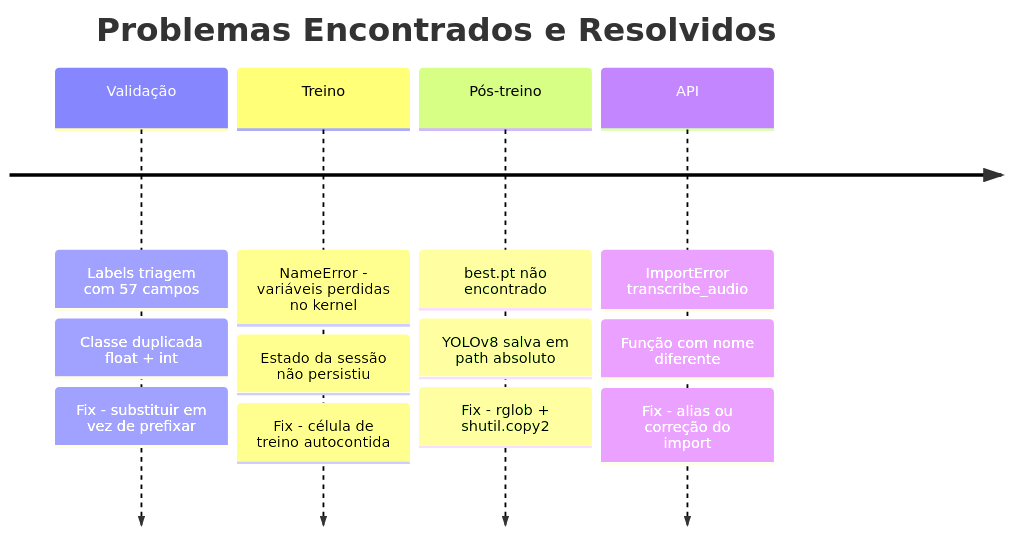
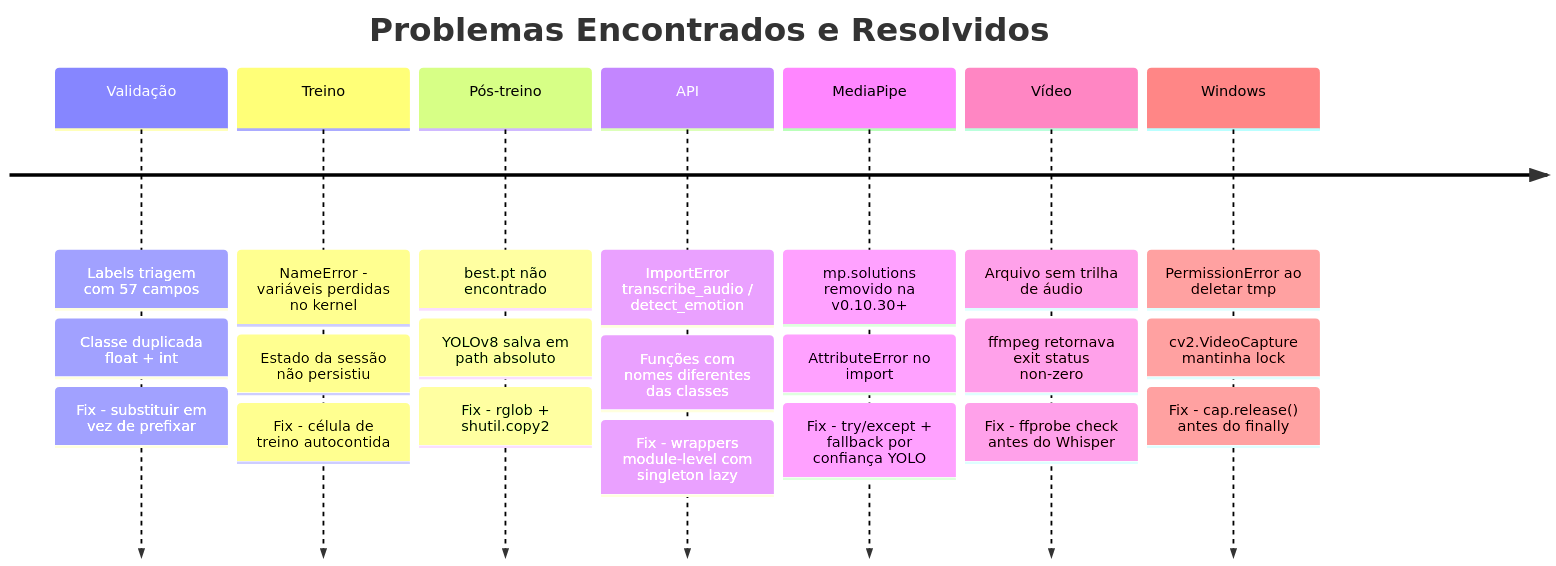
Before and after one commit to vinisbitten/tech-challeng-fase-4: the sixth of 8 diagrams in roadmap.md, drawn with Mermaid. The commit also changed other lines of this file, not shown here.

Commit message:
feat: update roadmap

````diff
--- a/roadmap.md
+++ b/roadmap.md
@@ -175,20 +260,32 @@
 ```mermaid
 timeline
     title Problemas Encontrados e Resolvidos
 
     Validação : Labels triagem com 57 campos
               : Classe duplicada float + int
               : Fix - substituir em vez de prefixar
 
     Treino    : NameError - variáveis perdidas no kernel
               : Estado da sessão não persistiu
               : Fix - célula de treino autocontida
 
     Pós-treino : best.pt não encontrado
                : YOLOv8 salva em path absoluto
                : Fix - rglob + shutil.copy2
 
-    API        : ImportError transcribe_audio
-               : Função com nome diferente
-               : Fix - alias ou correção do import
+    API        : ImportError transcribe_audio / detect_emotion
+               : Funções com nomes diferentes das classes
+               : Fix - wrappers module-level com singleton lazy
+
+    MediaPipe  : mp.solutions removido na v0.10.30+
+               : AttributeError no import
+               : Fix - try/except + fallback por confiança YOLO
+
+    Vídeo      : Arquivo sem trilha de áudio
+               : ffmpeg retornava exit status non-zero
+               : Fix - ffprobe check antes do Whisper
+
+    Windows    : PermissionError ao deletar tmp
+               : cv2.VideoCapture mantinha lock
+               : Fix - cap.release() antes do finally
 ```
````
